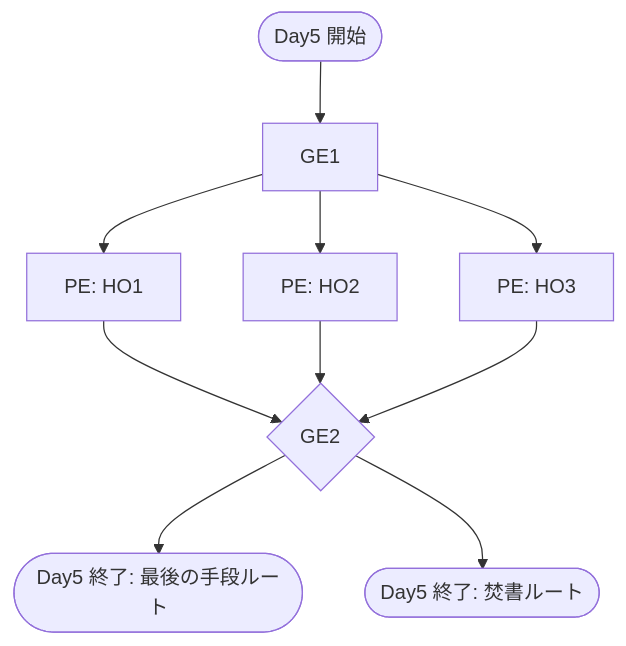
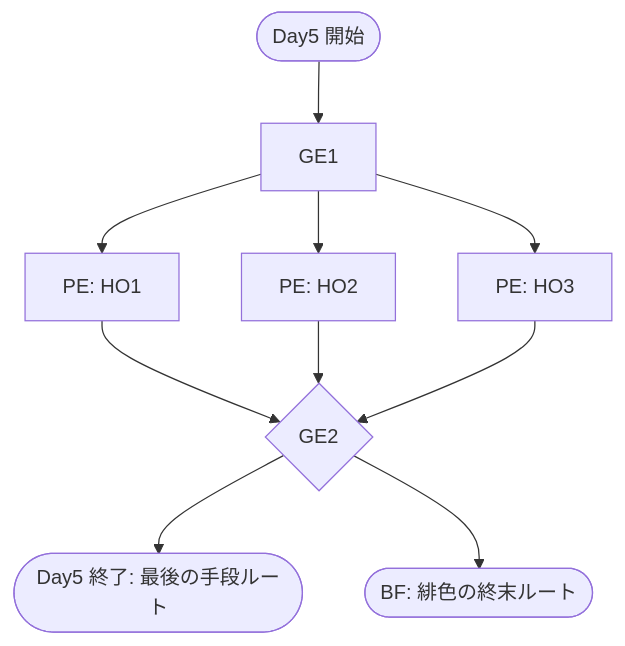
The fifth of 5 diagrams in specs/routing.md (KarasuTatehi/last-resort-disturbance), drawn with Mermaid before and after one commit. The commit also changed other lines of this file, not shown here.

Commit message:
specs/routing.md updated from https://stackedit.io/

````diff
--- a/specs/routing.md
+++ b/specs/routing.md
@@ -135,17 +135,17 @@
 ```mermaid
 flowchart TD
 D5S([Day5 開始])
 D5-GE1["GE1"]
 D5-PE-HO1["PE: HO1"]
 D5-PE-HO2["PE: HO2"]
 D5-PE-HO3["PE: HO3"]
 D5-GE2{"GE2"}
-D5E-A([Day5 終了: 最後の手段ルート])
-D5E-B([Day5 終了: 焚書ルート])
+D5E([Day5 終了: 最後の手段ルート])
+D5-BF(["BF: 緋色の終末ルート"])
 
 D5S -->
 D5-GE1 -->
 D5-PE-HO1 & D5-PE-HO2 & D5-PE-HO3 -->
 D5-GE2 -->
-D5E-A & D5E-B
+D5E & D5-BF
 ```
````
